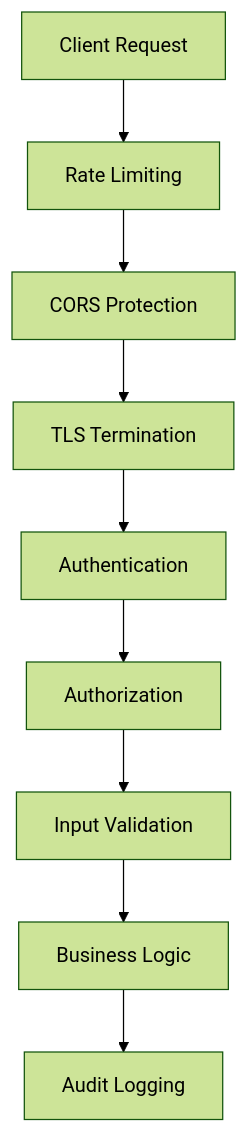
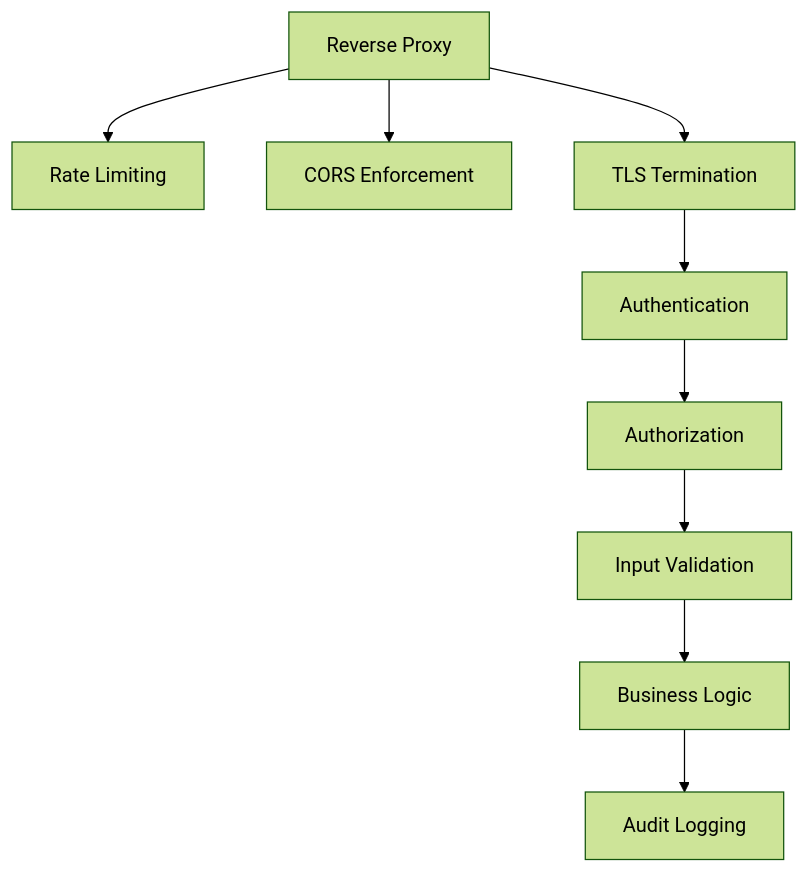
One commit to griffinskudder/updater changed the diagram in docs/SECURITY.md. Above: the diagram before and after it, drawn with Mermaid (forest theme). The commit also changed other lines of this file and 26 other files, not shown here.

First line of the commit message:
feat: delegate CORS, rate limiting, TLS, and trusted proxy to reverse proxy (#19)

````diff
--- a/docs/SECURITY.md
+++ b/docs/SECURITY.md
@@ -13,11 +13,11 @@
 ```mermaid
 graph TB
-    A[Client Request] --> B[Rate Limiting]
-    B --> C[CORS Protection]
-    C --> D[TLS Termination]
-    D --> E[Authentication]
-    E --> F[Authorization]
-    F --> G[Input Validation]
-    G --> H[Business Logic]
-    H --> I[Audit Logging]
+    P[Reverse Proxy] --> A[Rate Limiting]
+    P --> B[CORS Enforcement]
+    P --> C[TLS Termination]
+    C --> D[Authentication]
+    D --> E[Authorization]
+    E --> F[Input Validation]
+    F --> G[Business Logic]
+    G --> H[Audit Logging]
 ```
````
